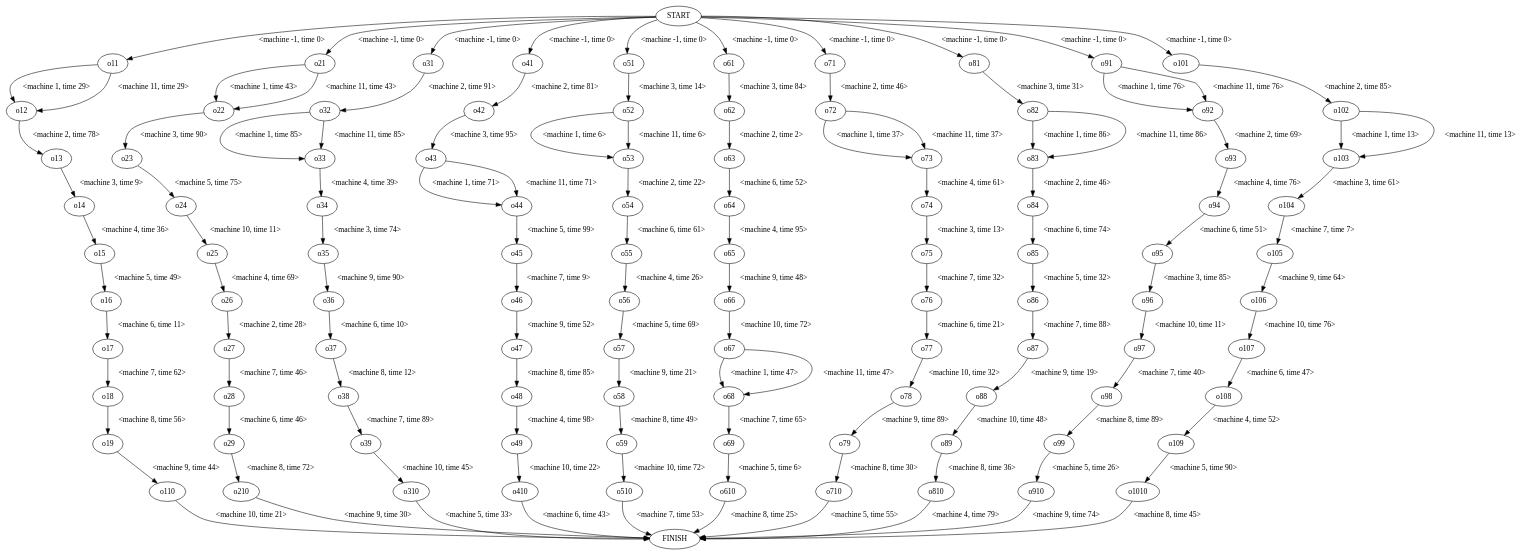
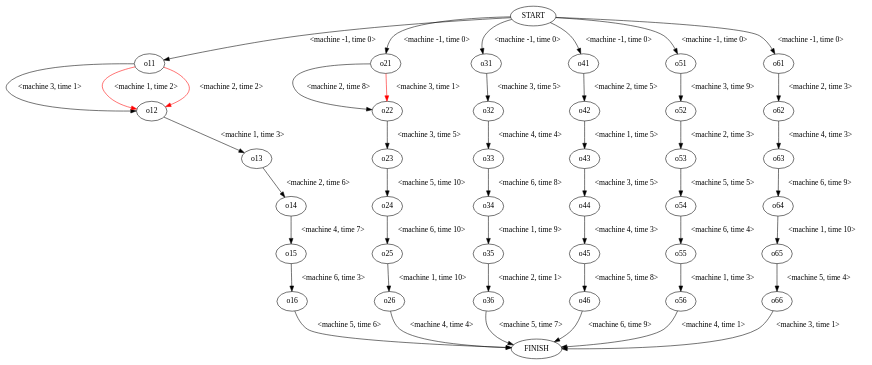
One commit to nwpuhh/MetaHeurstique changed the diagram in src/graph_out.dot. Above: the diagram before and after it, drawn with Graphviz. The commit also changed 11 other files, not shown here.

```diff
--- a/src/graph_out.dot
+++ b/src/graph_out.dot
@@ -7,219 +7,80 @@
 	P14 [label="o14"]
 	P15 [label="o15"]
 	P16 [label="o16"]
-	P17 [label="o17"]
-	P18 [label="o18"]
-	P19 [label="o19"]
-	P110 [label="o110"]
 	P21 [label="o21"]
 	P22 [label="o22"]
 	P23 [label="o23"]
 	P24 [label="o24"]
 	P25 [label="o25"]
 	P26 [label="o26"]
-	P27 [label="o27"]
-	P28 [label="o28"]
-	P29 [label="o29"]
-	P210 [label="o210"]
 	P31 [label="o31"]
 	P32 [label="o32"]
 	P33 [label="o33"]
 	P34 [label="o34"]
 	P35 [label="o35"]
 	P36 [label="o36"]
-	P37 [label="o37"]
-	P38 [label="o38"]
-	P39 [label="o39"]
-	P310 [label="o310"]
 	P41 [label="o41"]
 	P42 [label="o42"]
 	P43 [label="o43"]
 	P44 [label="o44"]
 	P45 [label="o45"]
 	P46 [label="o46"]
-	P47 [label="o47"]
-	P48 [label="o48"]
-	P49 [label="o49"]
-	P410 [label="o410"]
 	P51 [label="o51"]
 	P52 [label="o52"]
 	P53 [label="o53"]
 	P54 [label="o54"]
 	P55 [label="o55"]
 	P56 [label="o56"]
-	P57 [label="o57"]
-	P58 [label="o58"]
-	P59 [label="o59"]
-	P510 [label="o510"]
 	P61 [label="o61"]
 	P62 [label="o62"]
 	P63 [label="o63"]
 	P64 [label="o64"]
 	P65 [label="o65"]
 	P66 [label="o66"]
-	P67 [label="o67"]
-	P68 [label="o68"]
-	P69 [label="o69"]
-	P610 [label="o610"]
-	P71 [label="o71"]
-	P72 [label="o72"]
-	P73 [label="o73"]
-	P74 [label="o74"]
-	P75 [label="o75"]
-	P76 [label="o76"]
-	P77 [label="o77"]
-	P78 [label="o78"]
-	P79 [label="o79"]
-	P710 [label="o710"]
-	P81 [label="o81"]
-	P82 [label="o82"]
-	P83 [label="o83"]
-	P84 [label="o84"]
-	P85 [label="o85"]
-	P86 [label="o86"]
-	P87 [label="o87"]
-	P88 [label="o88"]
-	P89 [label="o89"]
-	P810 [label="o810"]
-	P91 [label="o91"]
-	P92 [label="o92"]
-	P93 [label="o93"]
-	P94 [label="o94"]
-	P95 [label="o95"]
-	P96 [label="o96"]
-	P97 [label="o97"]
-	P98 [label="o98"]
-	P99 [label="o99"]
-	P910 [label="o910"]
-	P101 [label="o101"]
-	P102 [label="o102"]
-	P103 [label="o103"]
-	P104 [label="o104"]
-	P105 [label="o105"]
-	P106 [label="o106"]
-	P107 [label="o107"]
-	P108 [label="o108"]
-	P109 [label="o109"]
-	P1010 [label="o1010"]
 
-	P01->P11 [label="<machine -1, time 0>"]
-	P11->P12 [label="<machine 1, time 29>"]
-	P11->P12 [label="<machine 11, time 29>"]
-	P12->P13 [label="<machine 2, time 78>"]
-	P13->P14 [label="<machine 3, time 9>"]
-	P14->P15 [label="<machine 4, time 36>"]
-	P15->P16 [label="<machine 5, time 49>"]
-	P16->P17 [label="<machine 6, time 11>"]
-	P17->P18 [label="<machine 7, time 62>"]
-	P18->P19 [label="<machine 8, time 56>"]
-	P19->P110 [label="<machine 9, time 44>"]
-	P110->P00 [label="<machine 10, time 21>"]
-	P01->P21 [label="<machine -1, time 0>"]
-	P21->P22 [label="<machine 1, time 43>"]
-	P21->P22 [label="<machine 11, time 43>"]
-	P22->P23 [label="<machine 3, time 90>"]
-	P23->P24 [label="<machine 5, time 75>"]
-	P24->P25 [label="<machine 10, time 11>"]
-	P25->P26 [label="<machine 4, time 69>"]
-	P26->P27 [label="<machine 2, time 28>"]
-	P27->P28 [label="<machine 7, time 46>"]
-	P28->P29 [label="<machine 6, time 46>"]
-	P29->P210 [label="<machine 8, time 72>"]
-	P210->P00 [label="<machine 9, time 30>"]
-	P01->P31 [label="<machine -1, time 0>"]
-	P31->P32 [label="<machine 2, time 91>"]
-	P32->P33 [label="<machine 1, time 85>"]
-	P32->P33 [label="<machine 11, time 85>"]
-	P33->P34 [label="<machine 4, time 39>"]
-	P34->P35 [label="<machine 3, time 74>"]
-	P35->P36 [label="<machine 9, time 90>"]
-	P36->P37 [label="<machine 6, time 10>"]
-	P37->P38 [label="<machine 8, time 12>"]
-	P38->P39 [label="<machine 7, time 89>"]
-	P39->P310 [label="<machine 10, time 45>"]
-	P310->P00 [label="<machine 5, time 33>"]
-	P01->P41 [label="<machine -1, time 0>"]
-	P41->P42 [label="<machine 2, time 81>"]
-	P42->P43 [label="<machine 3, time 95>"]
-	P43->P44 [label="<machine 1, time 71>"]
-	P43->P44 [label="<machine 11, time 71>"]
-	P44->P45 [label="<machine 5, time 99>"]
-	P45->P46 [label="<machine 7, time 9>"]
-	P46->P47 [label="<machine 9, time 52>"]
-	P47->P48 [label="<machine 8, time 85>"]
-	P48->P49 [label="<machine 4, time 98>"]
-	P49->P410 [label="<machine 10, time 22>"]
-	P410->P00 [label="<machine 6, time 43>"]
-	P01->P51 [label="<machine -1, time 0>"]
-	P51->P52 [label="<machine 3, time 14>"]
-	P52->P53 [label="<machine 1, time 6>"]
-	P52->P53 [label="<machine 11, time 6>"]
-	P53->P54 [label="<machine 2, time 22>"]
-	P54->P55 [label="<machine 6, time 61>"]
-	P55->P56 [label="<machine 4, time 26>"]
-	P56->P57 [label="<machine 5, time 69>"]
-	P57->P58 [label="<machine 9, time 21>"]
-	P58->P59 [label="<machine 8, time 49>"]
-	P59->P510 [label="<machine 10, time 72>"]
-	P510->P00 [label="<machine 7, time 53>"]
-	P01->P61 [label="<machine -1, time 0>"]
-	P61->P62 [label="<machine 3, time 84>"]
-	P62->P63 [label="<machine 2, time 2>"]
-	P63->P64 [label="<machine 6, time 52>"]
-	P64->P65 [label="<machine 4, time 95>"]
-	P65->P66 [label="<machine 9, time 48>"]
-	P66->P67 [label="<machine 10, time 72>"]
-	P67->P68 [label="<machine 1, time 47>"]
-	P67->P68 [label="<machine 11, time 47>"]
-	P68->P69 [label="<machine 7, time 65>"]
-	P69->P610 [label="<machine 5, time 6>"]
-	P610->P00 [label="<machine 8, time 25>"]
-	P01->P71 [label="<machine -1, time 0>"]
-	P71->P72 [label="<machine 2, time 46>"]
-	P72->P73 [label="<machine 1, time 37>"]
-	P72->P73 [label="<machine 11, time 37>"]
-	P73->P74 [label="<machine 4, time 61>"]
-	P74->P75 [label="<machine 3, time 13>"]
-	P75->P76 [label="<machine 7, time 32>"]
-	P76->P77 [label="<machine 6, time 21>"]
-	P77->P78 [label="<machine 10, time 32>"]
-	P78->P79 [label="<machine 9, time 89>"]
-	P79->P710 [label="<machine 8, time 30>"]
-	P710->P00 [label="<machine 5, time 55>"]
-	P01->P81 [label="<machine -1, time 0>"]
-	P81->P82 [label="<machine 3, time 31>"]
-	P82->P83 [label="<machine 1, time 86>"]
-	P82->P83 [label="<machine 11, time 86>"]
-	P83->P84 [label="<machine 2, time 46>"]
-	P84->P85 [label="<machine 6, time 74>"]
-	P85->P86 [label="<machine 5, time 32>"]
-	P86->P87 [label="<machine 7, time 88>"]
-	P87->P88 [label="<machine 9, time 19>"]
-	P88->P89 [label="<machine 10, time 48>"]
-	P89->P810 [label="<machine 8, time 36>"]
-	P810->P00 [label="<machine 4, time 79>"]
-	P01->P91 [label="<machine -1, time 0>"]
-	P91->P92 [label="<machine 1, time 76>"]
-	P91->P92 [label="<machine 11, time 76>"]
-	P92->P93 [label="<machine 2, time 69>"]
-	P93->P94 [label="<machine 4, time 76>"]
-	P94->P95 [label="<machine 6, time 51>"]
-	P95->P96 [label="<machine 3, time 85>"]
-	P96->P97 [label="<machine 10, time 11>"]
-	P97->P98 [label="<machine 7, time 40>"]
-	P98->P99 [label="<machine 8, time 89>"]
-	P99->P910 [label="<machine 5, time 26>"]
-	P910->P00 [label="<machine 9, time 74>"]
-	P01->P101 [label="<machine -1, time 0>"]
-	P101->P102 [label="<machine 2, time 85>"]
-	P102->P103 [label="<machine 1, time 13>"]
-	P102->P103 [label="<machine 11, time 13>"]
-	P103->P104 [label="<machine 3, time 61>"]
-	P104->P105 [label="<machine 7, time 7>"]
-	P105->P106 [label="<machine 9, time 64>"]
-	P106->P107 [label="<machine 10, time 76>"]
-	P107->P108 [label="<machine 6, time 47>"]
-	P108->P109 [label="<machine 4, time 52>"]
-	P109->P1010 [label="<machine 5, time 90>"]
-	P1010->P00 [label="<machine 8, time 45>"]
+	P01->P11 [label="<machine -1, time 0>", color="black"]
+	P11->P12 [label="<machine 3, time 1>", color="black"]
+	P11->P12 [label="<machine 1, time 2>", color="red"]
+	P11->P12 [label="<machine 2, time 2>", color="red"]
+	P12->P13 [label="<machine 1, time 3>", color="black"]
+	P13->P14 [label="<machine 2, time 6>", color="black"]
+	P14->P15 [label="<machine 4, time 7>", color="black"]
+	P15->P16 [label="<machine 6, time 3>", color="black"]
+	P16->P00 [label="<machine 5, time 6>", color="black"]
+	P01->P21 [label="<machine -1, time 0>", color="black"]
+	P21->P22 [label="<machine 2, time 8>", color="black"]
+	P21->P22 [label="<machine 3, time 1>", color="red"]
+	P22->P23 [label="<machine 3, time 5>", color="black"]
+	P23->P24 [label="<machine 5, time 10>", color="black"]
+	P24->P25 [label="<machine 6, time 10>", color="black"]
+	P25->P26 [label="<machine 1, time 10>", color="black"]
+	P26->P00 [label="<machine 4, time 4>", color="black"]
+	P01->P31 [label="<machine -1, time 0>", color="black"]
+	P31->P32 [label="<machine 3, time 5>", color="black"]
+	P32->P33 [label="<machine 4, time 4>", color="black"]
+	P33->P34 [label="<machine 6, time 8>", color="black"]
+	P34->P35 [label="<machine 1, time 9>", color="black"]
+	P35->P36 [label="<machine 2, time 1>", color="black"]
+	P36->P00 [label="<machine 5, time 7>", color="black"]
+	P01->P41 [label="<machine -1, time 0>", color="black"]
+	P41->P42 [label="<machine 2, time 5>", color="black"]
+	P42->P43 [label="<machine 1, time 5>", color="black"]
+	P43->P44 [label="<machine 3, time 5>", color="black"]
+	P44->P45 [label="<machine 4, time 3>", color="black"]
+	P45->P46 [label="<machine 5, time 8>", color="black"]
+	P46->P00 [label="<machine 6, time 9>", color="black"]
+	P01->P51 [label="<machine -1, time 0>", color="black"]
+	P51->P52 [label="<machine 3, time 9>", color="black"]
+	P52->P53 [label="<machine 2, time 3>", color="black"]
+	P53->P54 [label="<machine 5, time 5>", color="black"]
+	P54->P55 [label="<machine 6, time 4>", color="black"]
+	P55->P56 [label="<machine 1, time 3>", color="black"]
+	P56->P00 [label="<machine 4, time 1>", color="black"]
+	P01->P61 [label="<machine -1, time 0>", color="black"]
+	P61->P62 [label="<machine 2, time 3>", color="black"]
+	P62->P63 [label="<machine 4, time 3>", color="black"]
+	P63->P64 [label="<machine 6, time 9>", color="black"]
+	P64->P65 [label="<machine 1, time 10>", color="black"]
+	P65->P66 [label="<machine 5, time 4>", color="black"]
+	P66->P00 [label="<machine 3, time 1>", color="black"]
 }
```
